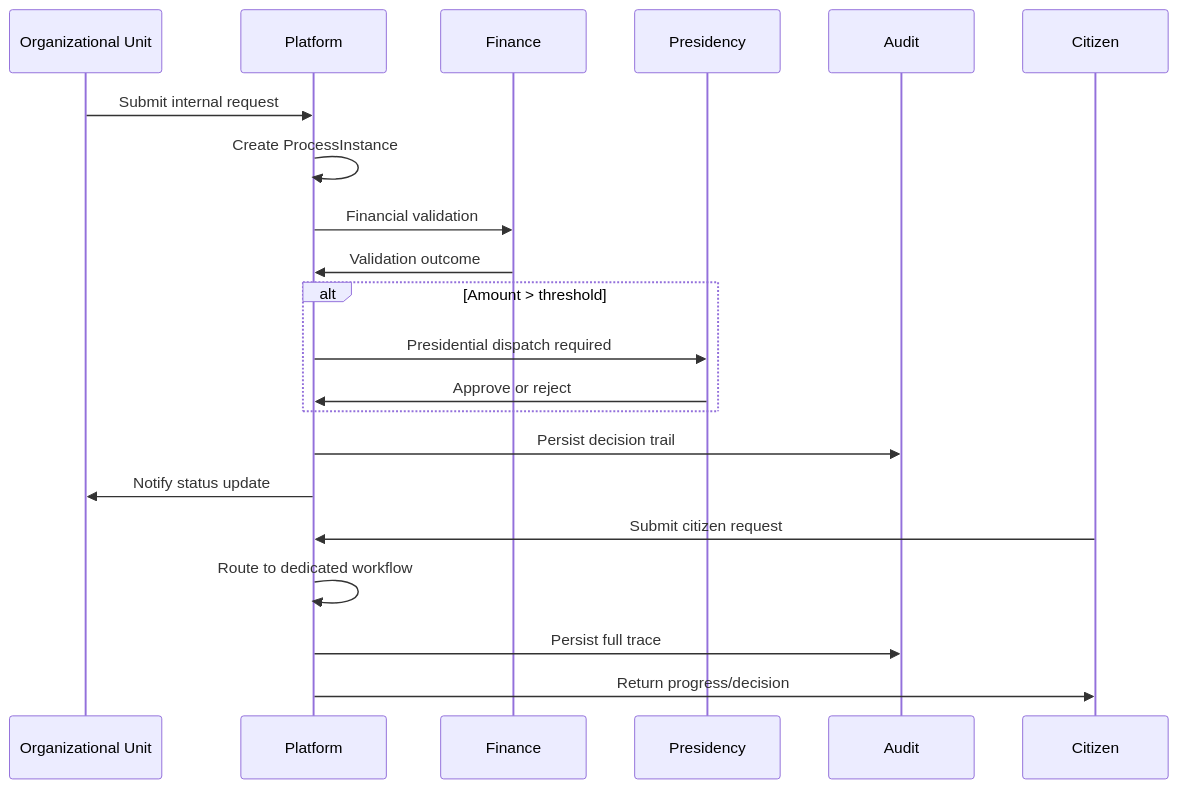
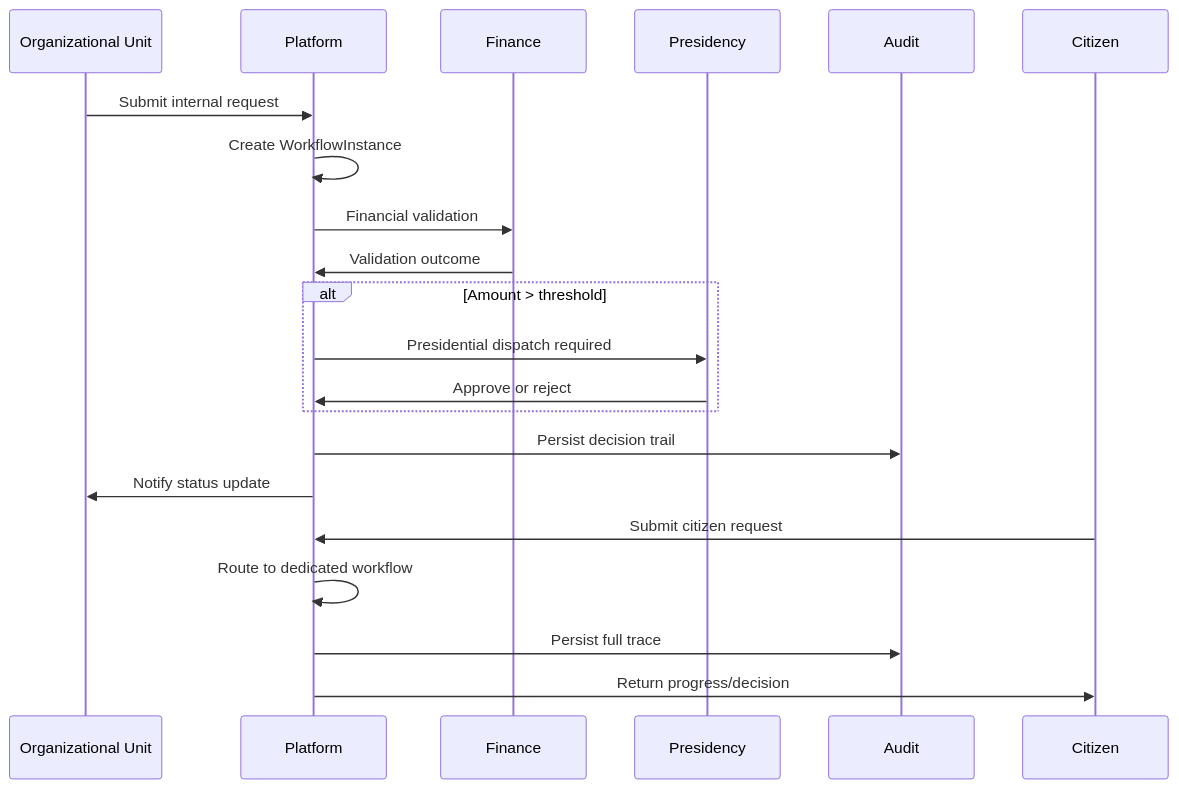
One commit to RomaoFilipe/StockBackup changed the third of 5 diagrams in README.md. Above: the diagram before and after it, drawn with Mermaid. The commit also changed other lines of this file and 13 other files, not shown here.

````diff
--- a/README.md
+++ b/README.md
@@ -196,27 +191,27 @@
 ```mermaid
 sequenceDiagram
   participant OU as Organizational Unit
   participant P as Platform
   participant FIN as Finance
   participant PRES as Presidency
   participant AUD as Audit
   participant CIT as Citizen
 
   OU->>P: Submit internal request
-  P->>P: Create ProcessInstance
+  P->>P: Create WorkflowInstance
   P->>FIN: Financial validation
   FIN->>P: Validation outcome
 
   alt Amount > threshold
     P->>PRES: Presidential dispatch required
     PRES->>P: Approve or reject
   end
 
   P->>AUD: Persist decision trail
   P->>OU: Notify status update
 
   CIT->>P: Submit citizen request
   P->>P: Route to dedicated workflow
   P->>AUD: Persist full trace
   P->>CIT: Return progress/decision
 ```
````
